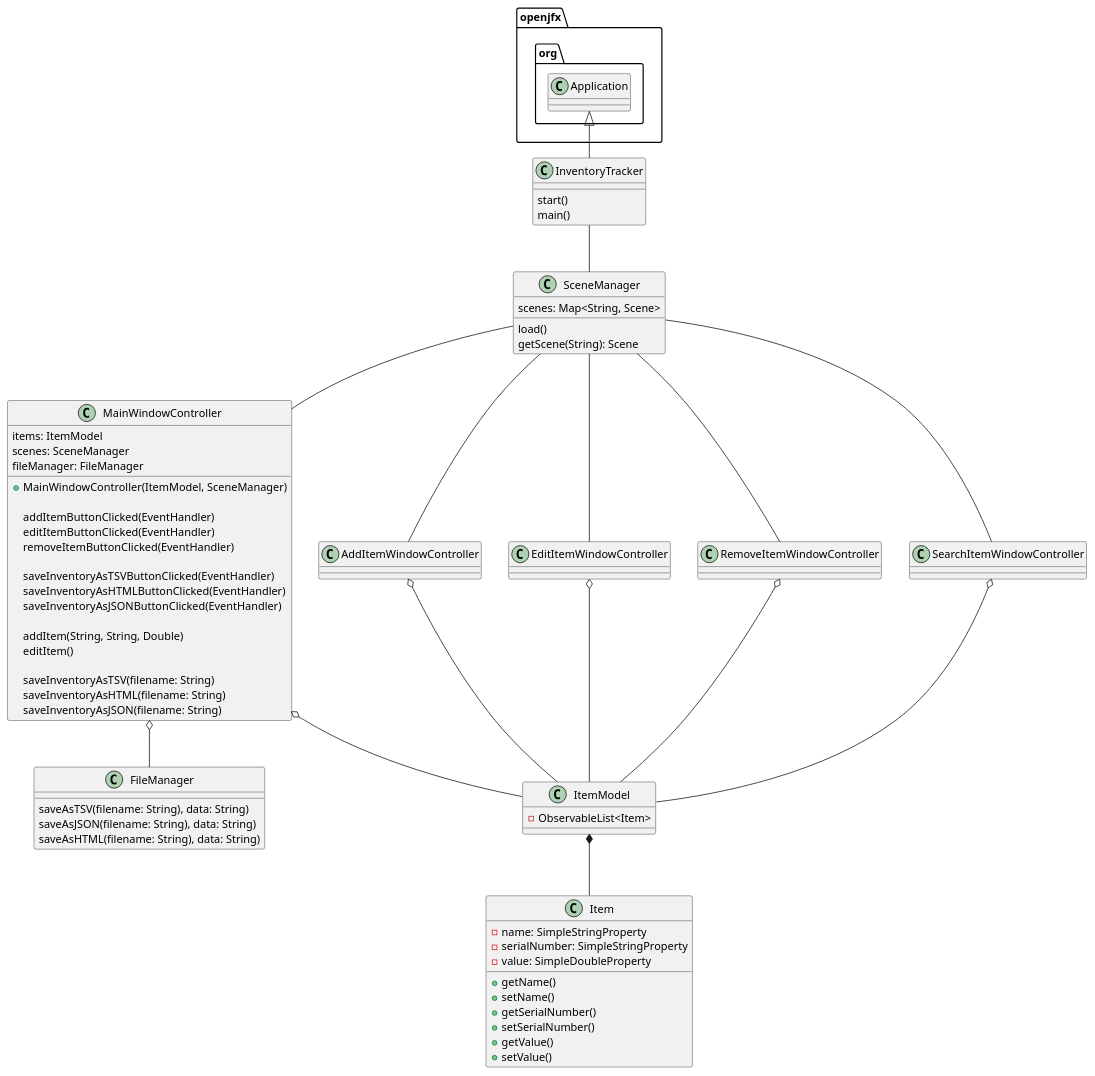
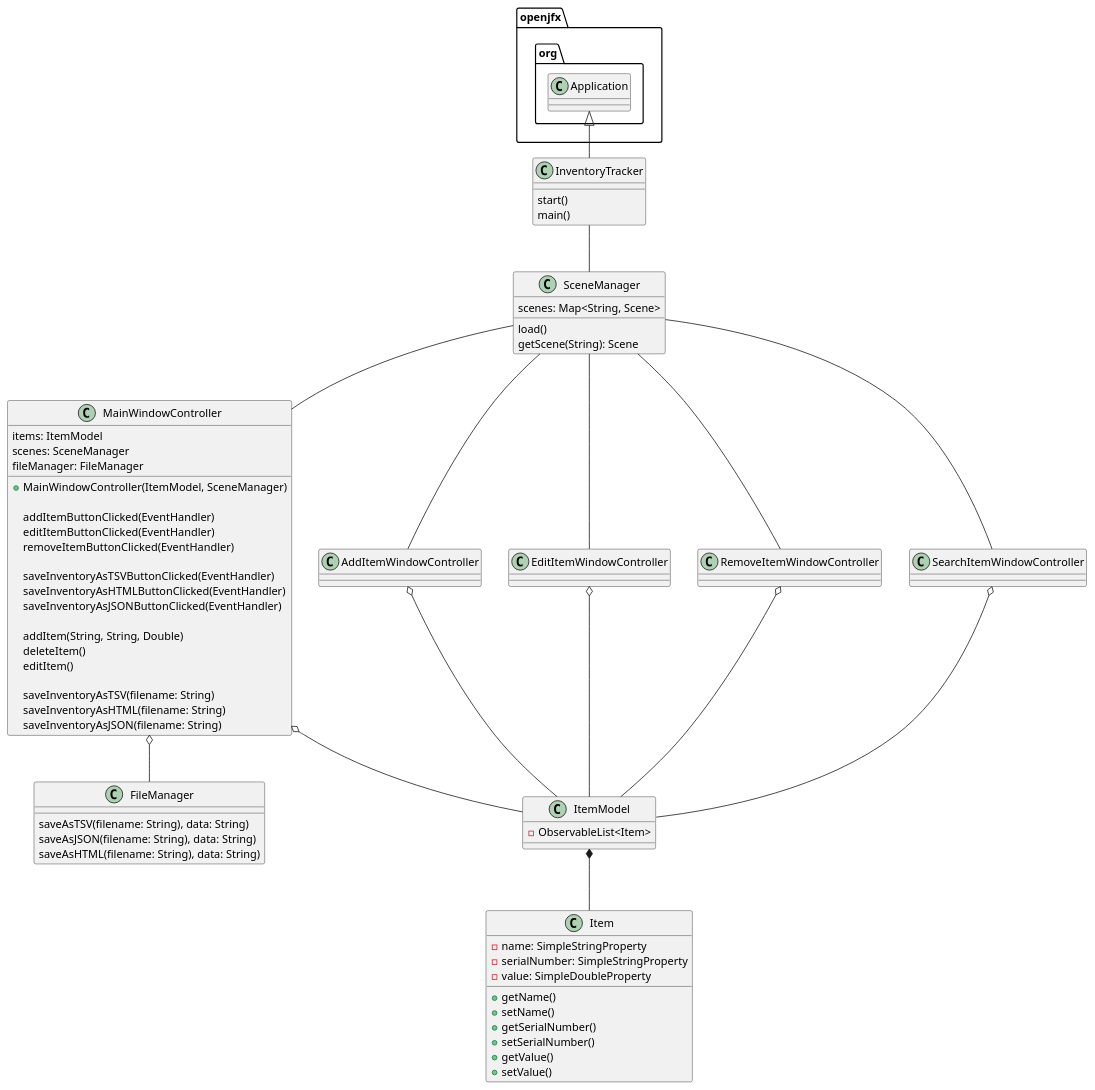
Before and after one commit to mredelis/COP3330-OOP-AS5-Summer21: the diagram in uml/as5.puml, drawn with PlantUML. The commit also changed 5 other files, not shown here.

```diff
--- a/uml/as5.puml
+++ b/uml/as5.puml
@@ -1,92 +1,93 @@
 @startuml
 
 class InventoryTracker {
     start()
     main()
 }
 
 class SceneManager {
     scenes: Map<String, Scene>
 
     load()
     getScene(String): Scene
 }
 
 class MainWindowController {
     items: ItemModel
     scenes: SceneManager
     fileManager: FileManager
 
     + MainWindowController(ItemModel, SceneManager)
 
     addItemButtonClicked(EventHandler)
     editItemButtonClicked(EventHandler)
     removeItemButtonClicked(EventHandler)
 
     saveInventoryAsTSVButtonClicked(EventHandler)
     saveInventoryAsHTMLButtonClicked(EventHandler)
     saveInventoryAsJSONButtonClicked(EventHandler)
 
     addItem(String, String, Double)
+    deleteItem()
     editItem()
 
     saveInventoryAsTSV(filename: String)
     saveInventoryAsHTML(filename: String)
     saveInventoryAsJSON(filename: String)
 }
 
 class FileManager {
     saveAsTSV(filename: String), data: String)
     saveAsJSON(filename: String), data: String)
     saveAsHTML(filename: String), data: String)
 }
 
 class AddItemWindowController {
 }
 
 class EditItemWindowController {
 }
 
 class RemoveItemWindowController {
 }
 
 class SearchItemWindowController {
 }
 
 class ItemModel {
     - ObservableList<Item>
 
     /' ObservableList is not serializable
        Copying everything over a normal list
        Use Gson on that normal list '/
 }
 
 class Item {
     - name: SimpleStringProperty
     - serialNumber: SimpleStringProperty
     - value: SimpleDoubleProperty
 
     + getName()
     + setName()
     + getSerialNumber()
     + setSerialNumber()
     + getValue()
     + setValue()
 }
 
 openjfx.org.Application <|-- InventoryTracker
 InventoryTracker -- SceneManager
 SceneManager -- MainWindowController
 SceneManager -- AddItemWindowController
 SceneManager -- EditItemWindowController
 SceneManager -- RemoveItemWindowController
 SceneManager -- SearchItemWindowController
 MainWindowController o-- ItemModel
 AddItemWindowController o-- ItemModel
 EditItemWindowController o-- ItemModel
 RemoveItemWindowController o-- ItemModel
 SearchItemWindowController o-- ItemModel
 ItemModel *-- Item
 MainWindowController o-- FileManager
 
 @enduml
```
